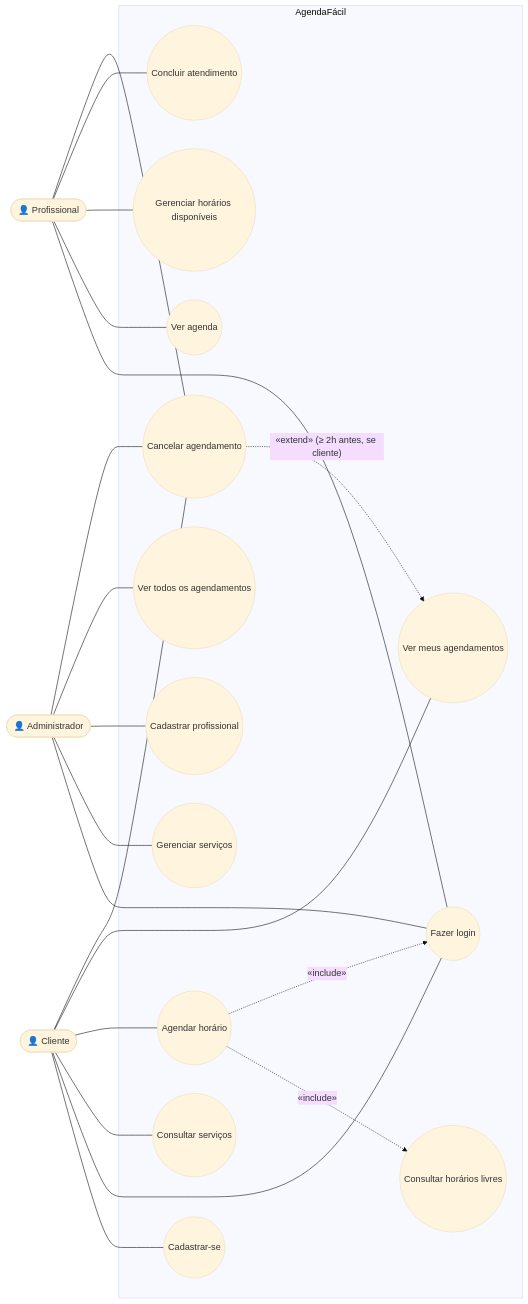
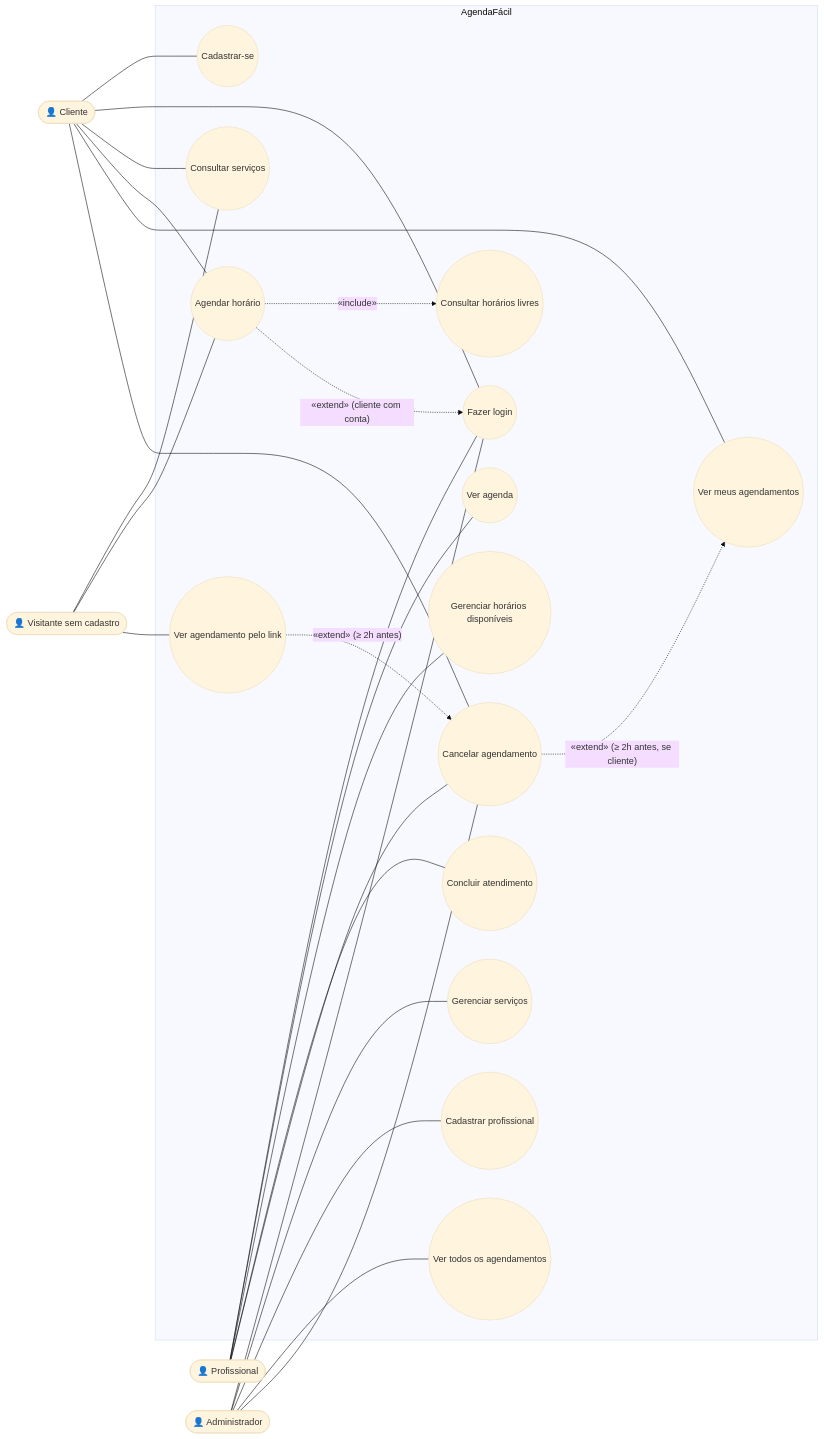
The diagram in docs/situacao-1/uml/casos-de-uso.md (davystresserr/agendafacil-pit2), drawn with Mermaid (base theme) before and after one commit. The commit also changed other lines of this file and 9 other files, not shown here.

Commit message:
docs: testes dos 5 colegas no laudo, plano e formulário; parecer final; roteiro do vídeo e diagramas atualizados

````diff
--- a/docs/situacao-1/uml/casos-de-uso.md
+++ b/docs/situacao-1/uml/casos-de-uso.md
@@ -5,43 +5,50 @@
 ```mermaid
 flowchart LR
     Cliente([👤 Cliente])
     Profissional([👤 Profissional])
     Admin([👤 Administrador])
+    Visitante([👤 Visitante sem cadastro])
 
     subgraph Sistema["AgendaFácil"]
         UC01((Cadastrar-se))
         UC02((Fazer login))
         UC03((Consultar serviços))
         UC04((Agendar horário))
         UC05((Consultar horários livres))
         UC06((Ver meus agendamentos))
         UC07((Cancelar agendamento))
         UC08((Ver agenda))
         UC09((Gerenciar horários disponíveis))
         UC10((Concluir atendimento))
         UC11((Gerenciar serviços))
         UC12((Cadastrar profissional))
         UC13((Ver todos os agendamentos))
+        UC14((Ver agendamento pelo link))
     end
+
+    Visitante --- UC03
+    Visitante --- UC04
+    Visitante --- UC14
 
     Cliente --- UC01
     Cliente --- UC02
     Cliente --- UC03
     Cliente --- UC04
     Cliente --- UC06
     Cliente --- UC07
     Profissional --- UC02
     Profissional --- UC08
     Profissional --- UC09
     Profissional --- UC10
     Profissional --- UC07
     Admin --- UC02
     Admin --- UC11
     Admin --- UC12
     Admin --- UC13
     Admin --- UC07
 
     UC04 -. "«include»" .-> UC05
-    UC04 -. "«include»" .-> UC02
+    UC04 -. "«extend» (cliente com conta)" .-> UC02
+    UC14 -. "«extend» (≥ 2h antes)" .-> UC07
     UC07 -. "«extend» (≥ 2h antes, se cliente)" .-> UC06
 ```
````
